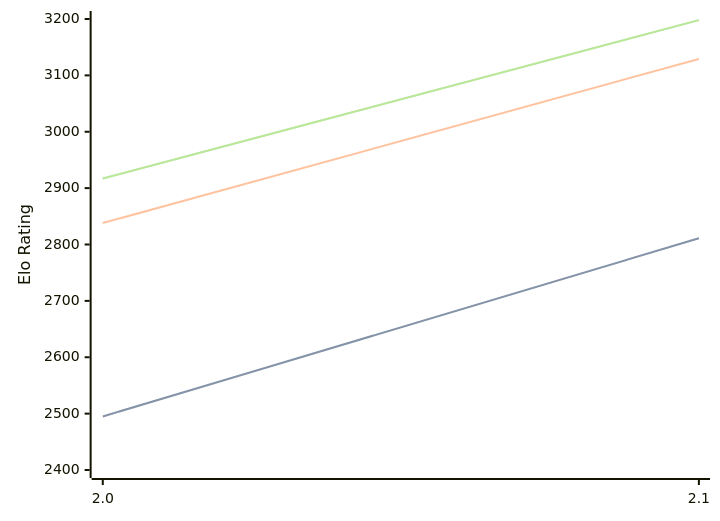
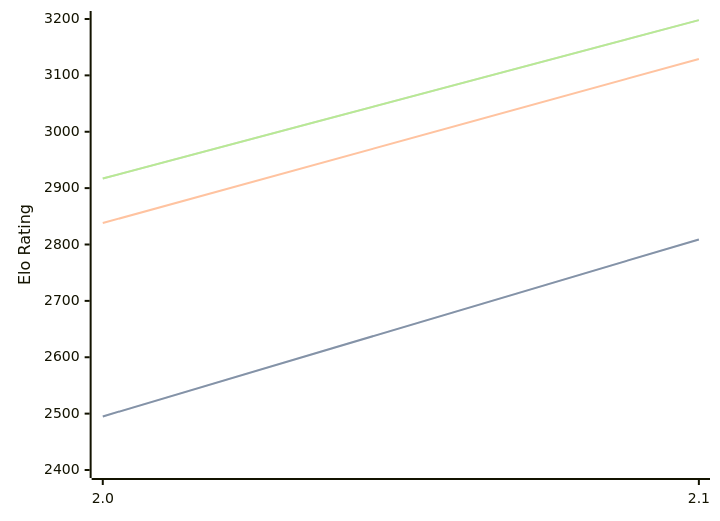
Before and after one commit to computer-chess-index/cci: the third of 3 diagrams in engines/Tunguska.md, drawn with Mermaid. The commit also changed other lines of this file, not shown here.

````diff
--- a/engines/Tunguska.md
+++ b/engines/Tunguska.md
@@ -65,11 +65,11 @@
 ```mermaid
 %%{init: {"theme":"base","themeVariables":{"seriesColors:['#a3a3a3','#222221','#faa371']}}}%%
 xychart-beta
   x-axis ["2.0", "2.1"]
   y-axis "Elo Rating" 2400 --> 3200
-  line "STC (8.0+0.08s)" [2495, 2811]
-  line "STC (8.0+0.08s)" [2495, 2811]
+  line "STC (8.0+0.08s)" [2495, 2809]
+  line "STC (8.0+0.08s)" [2495, 2809]
   line "LTC (60.0+0.60s)" [2838, 3129]
   line "VLTC (2m24s+1.12s)" [2917, 3198]
   line "VLTC (2m24s+1.12s)" [2917, 3198]
 ```
````
